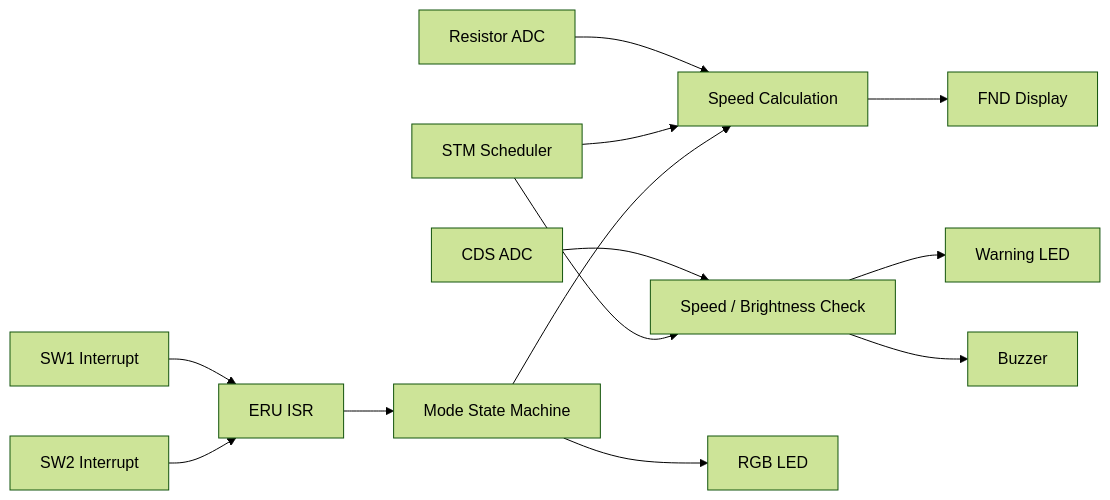
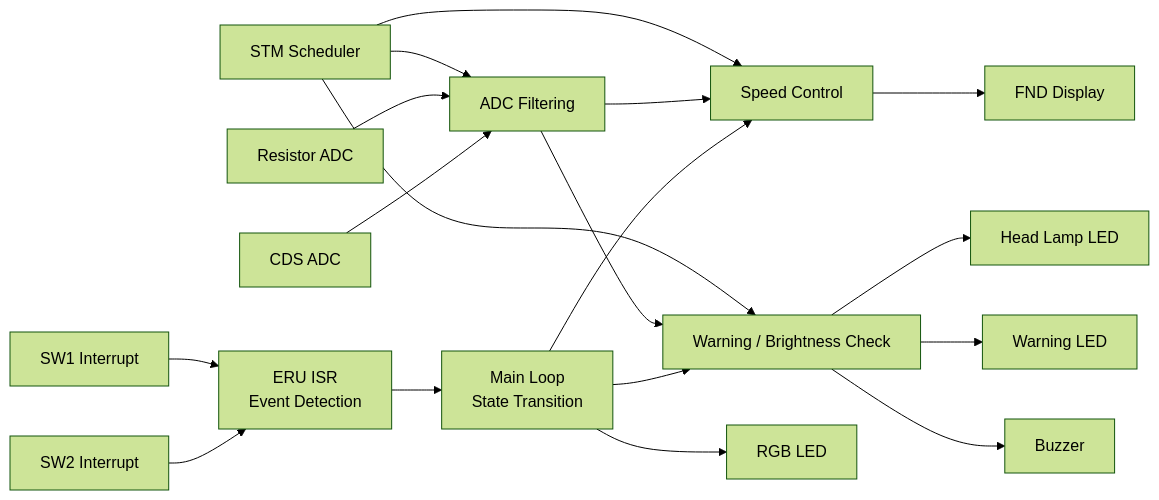
One commit to ttaeyong/ttaeyong.github.io changed the first of 3 diagrams in index.md. Above: the diagram before and after it, drawn with Mermaid (forest theme). The commit also changed other lines of this file, not shown here.

````diff
--- a/index.md
+++ b/index.md
@@ -91,33 +101,41 @@
 ```mermaid
 flowchart LR
     SW1[SW1 Interrupt]
     SW2[SW2 Interrupt]
     ADC1[Resistor ADC]
     ADC2[CDS ADC]
 
-    ERU[ERU ISR]
+    ERU[ERU ISR<br/>Event Detection]
+    MAIN[Main Loop<br/>State Transition]
     STM[STM Scheduler]
-    MODE[Mode State Machine]
-    SPEED[Speed Calculation]
-    CHECK[Speed / Brightness Check]
+    ADC[ADC Filtering]
+    SPEED[Speed Control]
+    CHECK[Warning / Brightness Check]
 
     FND[FND Display]
     RGB[RGB LED]
-    LED[Warning LED]
+    HEAD[Head Lamp LED]
+    WARN[Warning LED]
     BUZZER[Buzzer]
 
     SW1 --> ERU
     SW2 --> ERU
-    ERU --> MODE
+    ERU --> MAIN
 
-    ADC1 --> SPEED
-    ADC2 --> CHECK
+    STM --> ADC
     STM --> SPEED
     STM --> CHECK
 
-    MODE --> SPEED
+    ADC1 --> ADC
+    ADC2 --> ADC
+    ADC --> SPEED
+    ADC --> CHECK
+    MAIN --> SPEED
+    MAIN --> CHECK
+
     SPEED --> FND
-    CHECK --> LED
+    MAIN --> RGB
+    CHECK --> HEAD
+    CHECK --> WARN
     CHECK --> BUZZER
-    MODE --> RGB
 ```
````
